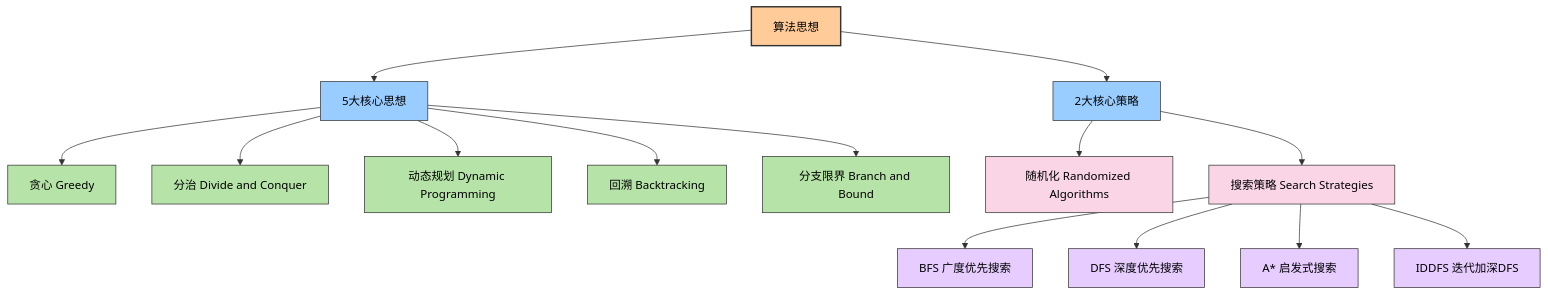
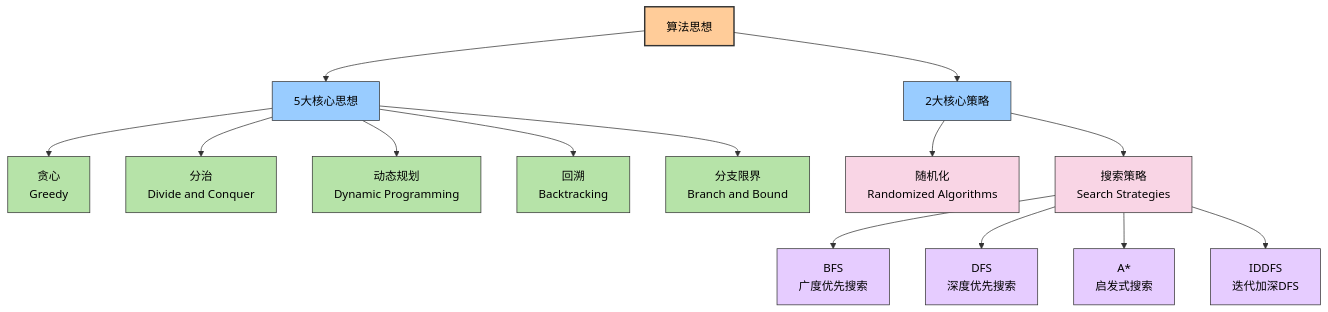
One commit to microwind/algorithms changed the second of 3 diagrams in start-here/AI-Era-Programmers-as-Algorithmic-Thinkers.md. Above: the diagram before and after it, drawn with Mermaid. The commit also changed other lines of this file and 3 other files, not shown here.

````diff
--- a/start-here/AI-Era-Programmers-as-Algorithmic-Thinkers.md
+++ b/start-here/AI-Era-Programmers-as-Algorithmic-Thinkers.md
@@ -299,35 +285,35 @@
 ```mermaid
 graph TD
     A[算法思想] --> B[5大核心思想]
     A --> C[2大核心策略]
 
-    B --> B1[贪心 Greedy]
-    B --> B2[分治 Divide and Conquer]
-    B --> B3[动态规划 Dynamic Programming]
-    B --> B4[回溯 Backtracking]
-    B --> B5[分支限界 Branch and Bound]
+    B --> B1[贪心<br>Greedy]
+    B --> B2[分治<br>Divide and Conquer]
+    B --> B3[动态规划<br>Dynamic Programming]
+    B --> B4[回溯<br>Backtracking]
+    B --> B5[分支限界<br>Branch and Bound]
 
-    C --> C1[随机化 Randomized Algorithms]
-    C --> C2[搜索策略 Search Strategies]
+    C --> C1[随机化<br>Randomized Algorithms]
+    C --> C2[搜索策略<br>Search Strategies]
 
-    C2 --> C21[BFS 广度优先搜索]
-    C2 --> C22[DFS 深度优先搜索]
-    C2 --> C23[A* 启发式搜索]
-    C2 --> C24[IDDFS 迭代加深DFS]
+    C2 --> C21[BFS<br>广度优先搜索]
+    C2 --> C22[DFS<br>深度优先搜索]
+    C2 --> C23[A*<br>启发式搜索]
+    C2 --> C24[IDDFS<br>迭代加深DFS]
 
     %% 颜色定义
     classDef root fill:#ffcc99,stroke:#333,stroke-width:2px,color:#000
     classDef core fill:#99ccff,stroke:#333,stroke-width:1px
     classDef algo fill:#b6e3a8,stroke:#333
     classDef strategy fill:#f9d5e5,stroke:#333
     classDef search fill:#e6ccff,stroke:#333
 
     %% 节点应用颜色
     class A root
     class B core
     class C core
     class B1,B2,B3,B4,B5 algo
     class C1 strategy
     class C2 strategy
     class C21,C22,C23,C24 search
 ```
````
